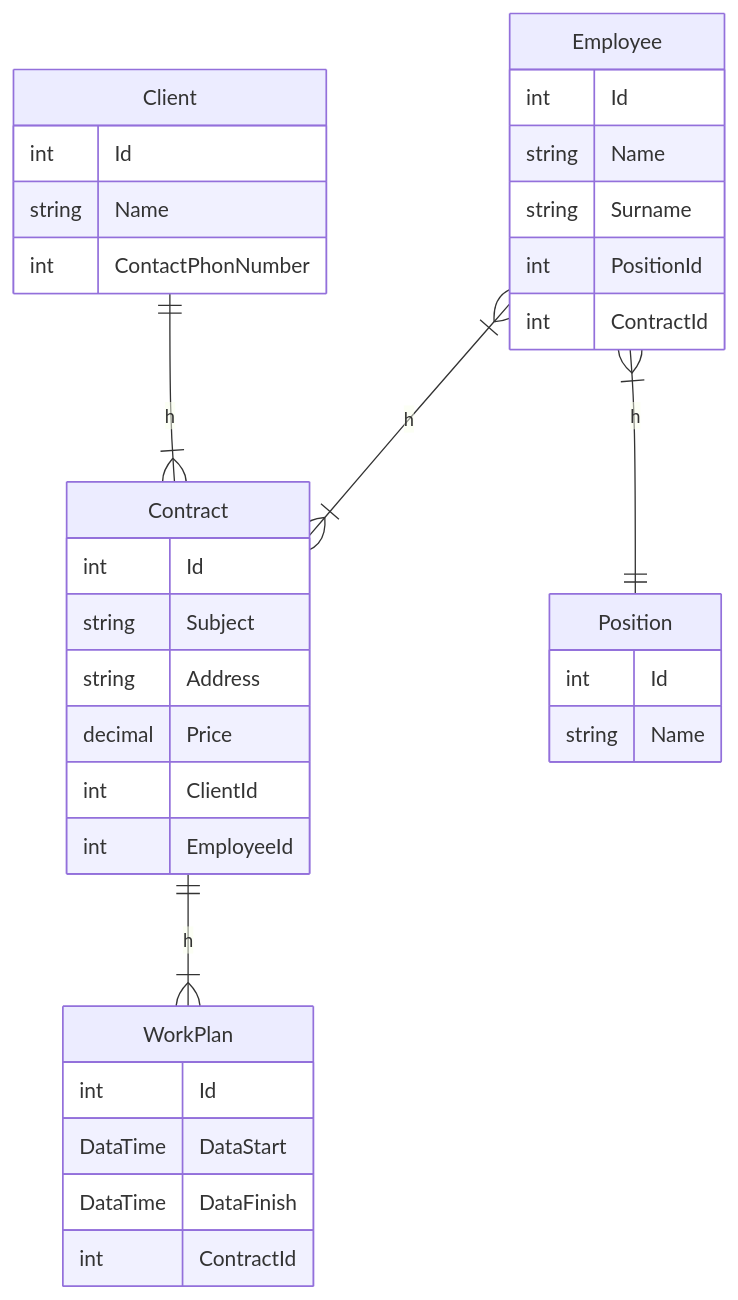
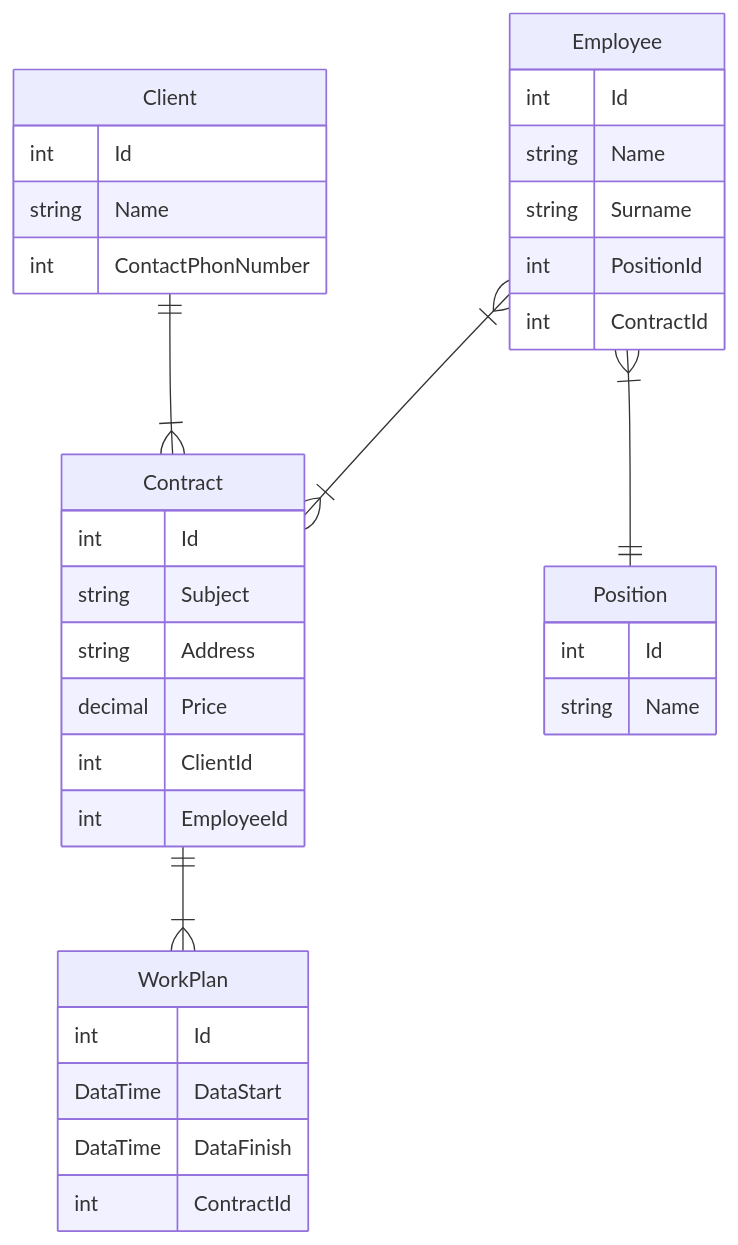
Before and after one commit to KondratenkoDV/CRM: the diagram in README.md, drawn with Mermaid.

````diff
--- a/README.md
+++ b/README.md
@@ -1,42 +1,42 @@
 ```mermaid
 erDiagram
-  Employee }|--|{ Contract : h
-  Client ||--|{ Contract : h
-  Contract ||--|{ WorkPlan : h
-  Employee }|--|| Position : h
+  Employee }|--|{ Contract : ""
+  Client ||--|{ Contract : ""
+  Contract ||--|{ WorkPlan : ""
+  Employee }|--|| Position : ""
   
   Employee{
       int Id
       string Name
       string Surname
       int PositionId
       int ContractId
   }
 
   Client{
       int Id
       string Name
       int ContactPhonNumber
   }
 
   Contract{
       int Id
       string Subject
       string Address
       decimal Price
       int ClientId
       int EmployeeId
   }
 
   WorkPlan{
       int Id
       DataTime DataStart
       DataTime DataFinish
       int ContractId
   }
   
   Position{
       int Id
       string Name
   }
   ```
````
